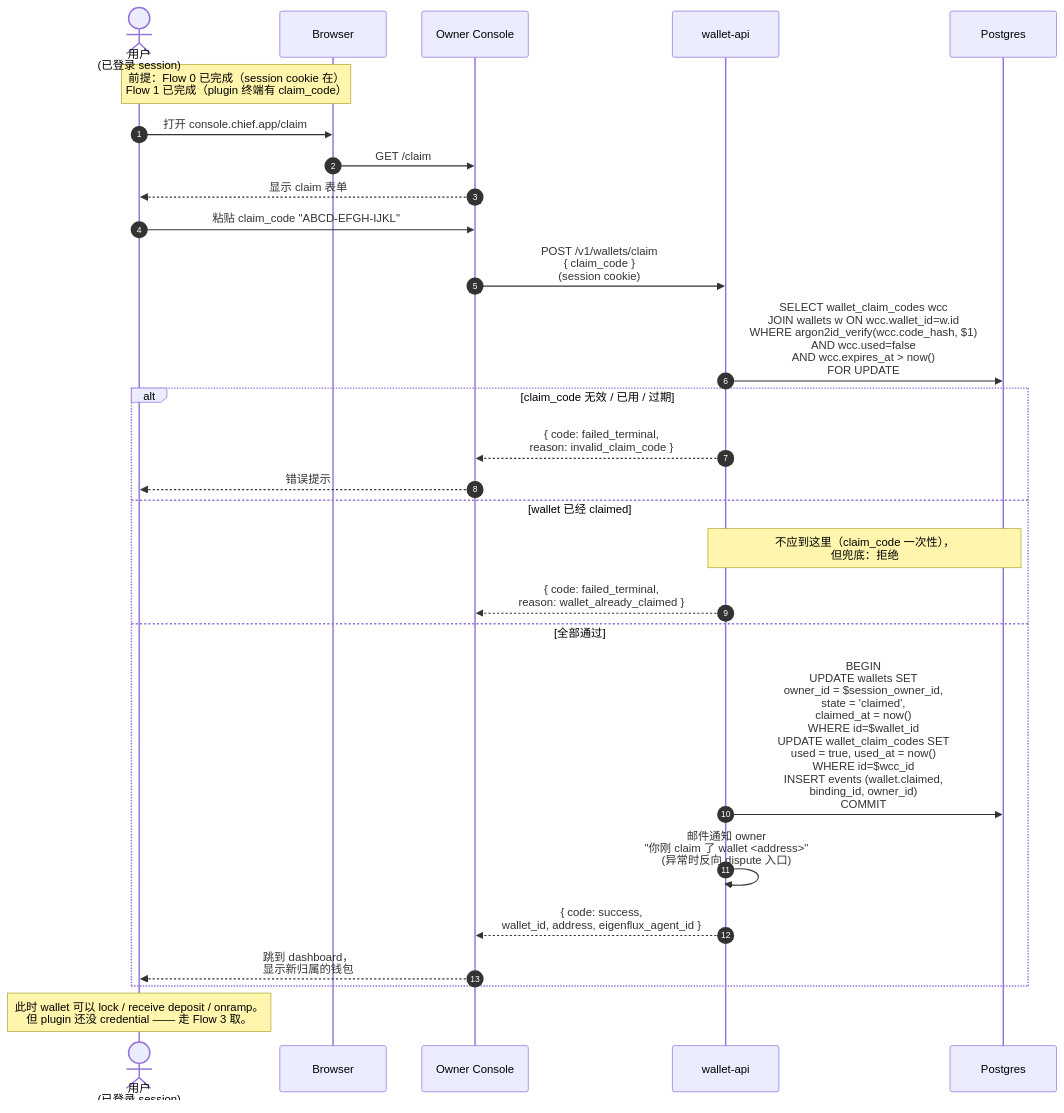
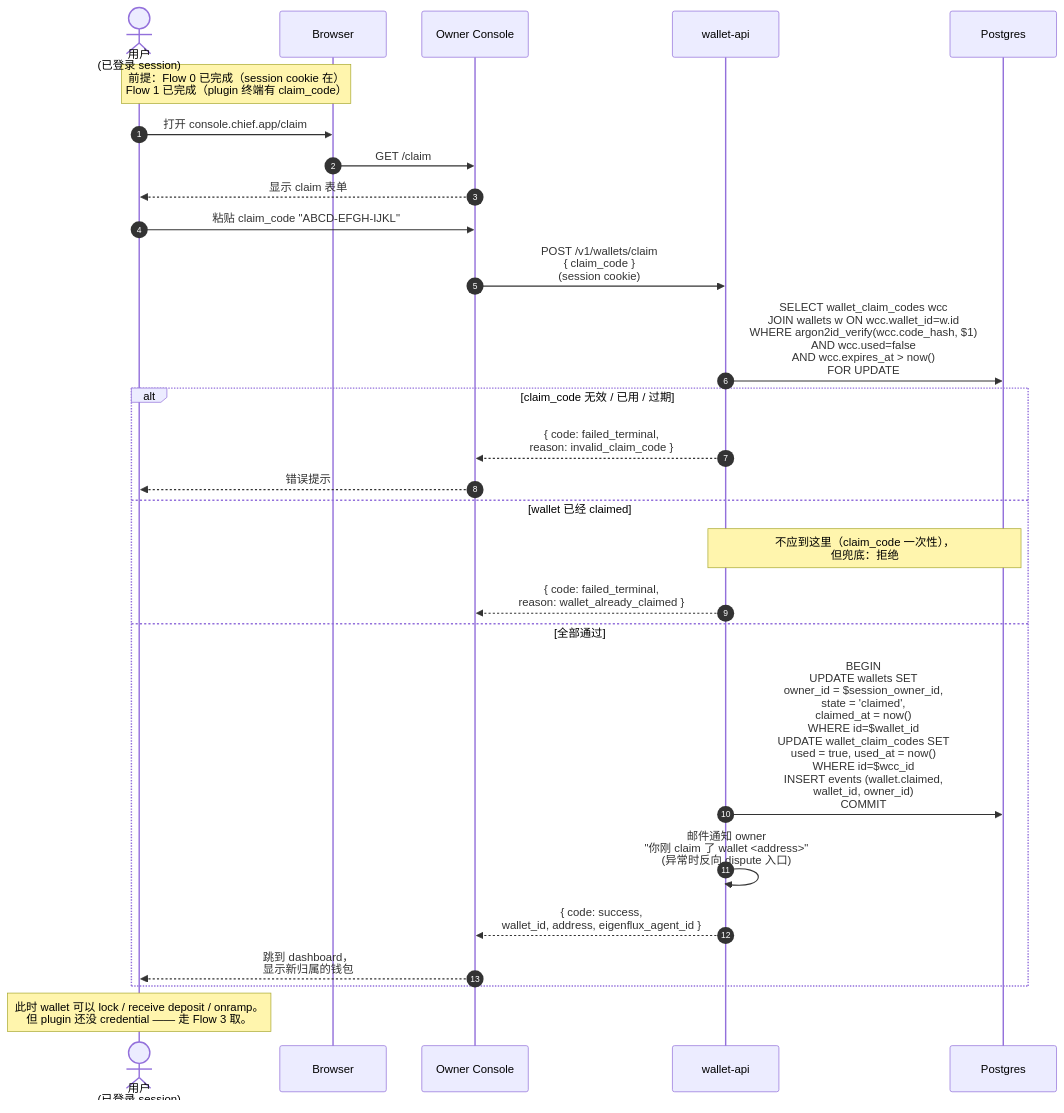
Before and after one commit to arthurxuwei/OntologyAgent: the third of 7 diagrams in docs/architecture/04-flows.md, drawn with Mermaid. The commit also changed other lines of this file and 7 other files, not shown here.

````diff
--- a/docs/architecture/04-flows.md
+++ b/docs/architecture/04-flows.md
@@ -171,36 +171,36 @@
 ```mermaid
 sequenceDiagram
     autonumber
     actor User as 用户<br/>(已登录 session)
     participant Browser
     participant Console as Owner Console
     participant WAPI as wallet-api
     participant PG as Postgres
 
     Note over User,Browser: 前提：Flow 0 已完成（session cookie 在）<br/>Flow 1 已完成（plugin 终端有 claim_code）
 
     User->>Browser: 打开 console.chief.app/claim
     Browser->>Console: GET /claim
     Console-->>User: 显示 claim 表单
 
     User->>Console: 粘贴 claim_code "ABCD-EFGH-IJKL"
     Console->>WAPI: POST /v1/wallets/claim<br/>{ claim_code }<br/>(session cookie)
 
     WAPI->>PG: SELECT wallet_claim_codes wcc<br/>JOIN wallets w ON wcc.wallet_id=w.id<br/>WHERE argon2id_verify(wcc.code_hash, $1)<br/>AND wcc.used=false<br/>AND wcc.expires_at > now()<br/>FOR UPDATE
 
     alt claim_code 无效 / 已用 / 过期
         WAPI-->>Console: { code: failed_terminal,<br/>reason: invalid_claim_code }
         Console-->>User: 错误提示
     else wallet 已经 claimed
         Note over WAPI,PG: 不应到这里（claim_code 一次性），<br/>但兜底：拒绝
         WAPI-->>Console: { code: failed_terminal,<br/>reason: wallet_already_claimed }
     else 全部通过
-        WAPI->>PG: BEGIN<br/>UPDATE wallets SET<br/>  owner_id = $session_owner_id,<br/>  state = 'claimed',<br/>  claimed_at = now()<br/>WHERE id=$wallet_id<br/>UPDATE wallet_claim_codes SET<br/>  used = true, used_at = now()<br/>WHERE id=$wcc_id<br/>INSERT events (wallet.claimed,<br/>  binding_id, owner_id)<br/>COMMIT
+        WAPI->>PG: BEGIN<br/>UPDATE wallets SET<br/>  owner_id = $session_owner_id,<br/>  state = 'claimed',<br/>  claimed_at = now()<br/>WHERE id=$wallet_id<br/>UPDATE wallet_claim_codes SET<br/>  used = true, used_at = now()<br/>WHERE id=$wcc_id<br/>INSERT events (wallet.claimed,<br/>  wallet_id, owner_id)<br/>COMMIT
 
         WAPI->>WAPI: 邮件通知 owner<br/>"你刚 claim 了 wallet <address>"<br/>(异常时反向 dispute 入口)
         WAPI-->>Console: { code: success,<br/>wallet_id, address, eigenflux_agent_id }
         Console-->>User: 跳到 dashboard，<br/>显示新归属的钱包
     end
 
     Note over User: 此时 wallet 可以 lock / receive deposit / onramp。<br/>但 plugin 还没 credential —— 走 Flow 3 取。
 ```
````
